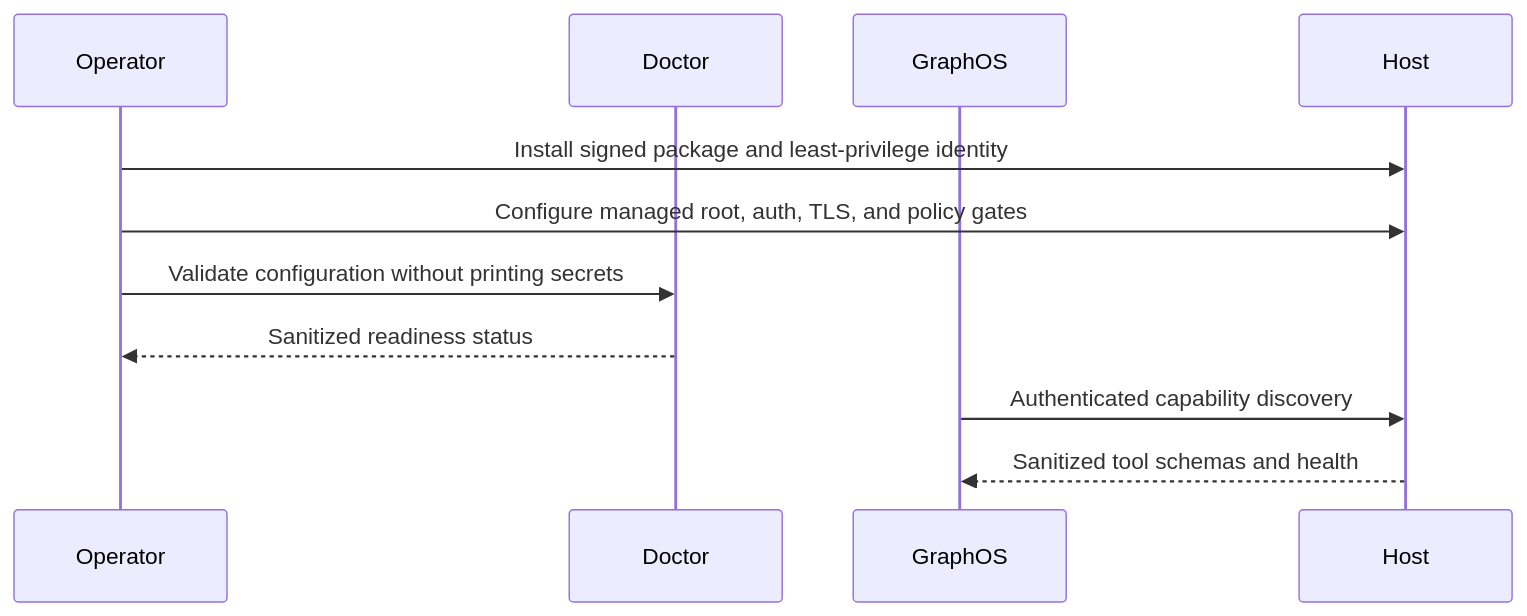
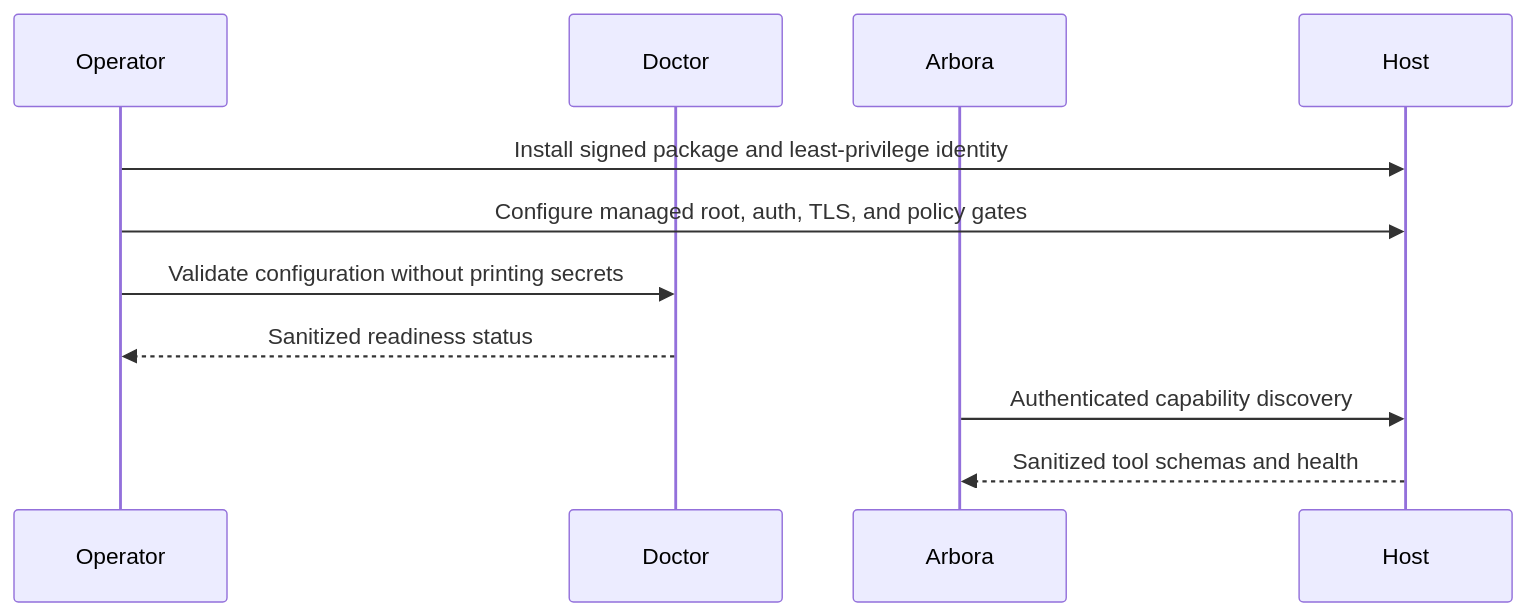
Before and after one commit to Knuckles-Team/systems-manager: the diagram in docs/day_0_provisioning.md, drawn with Mermaid. The commit also changed other lines of this file and 13 other files, not shown here.

First line of the commit message:
chore: rename graph-os terminology to arbora [skip ci]

````diff
--- a/docs/day_0_provisioning.md
+++ b/docs/day_0_provisioning.md
@@ -47,13 +47,13 @@
 ```mermaid
 sequenceDiagram
     participant Operator
     participant Doctor
-    participant GraphOS
+    participant Arbora
     participant Host
     Operator->>Host: Install signed package and least-privilege identity
     Operator->>Host: Configure managed root, auth, TLS, and policy gates
     Operator->>Doctor: Validate configuration without printing secrets
     Doctor-->>Operator: Sanitized readiness status
-    GraphOS->>Host: Authenticated capability discovery
-    Host-->>GraphOS: Sanitized tool schemas and health
+    Arbora->>Host: Authenticated capability discovery
+    Host-->>Arbora: Sanitized tool schemas and health
 ```
````
